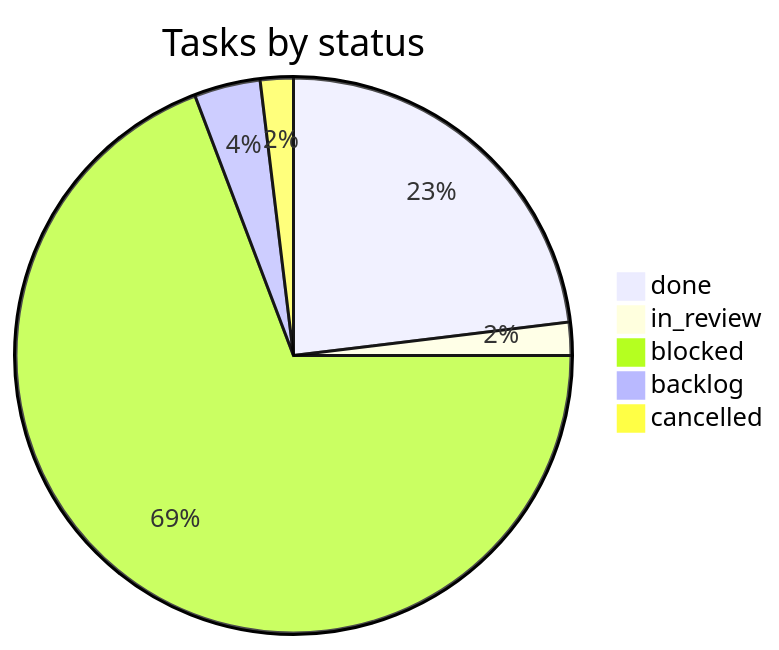
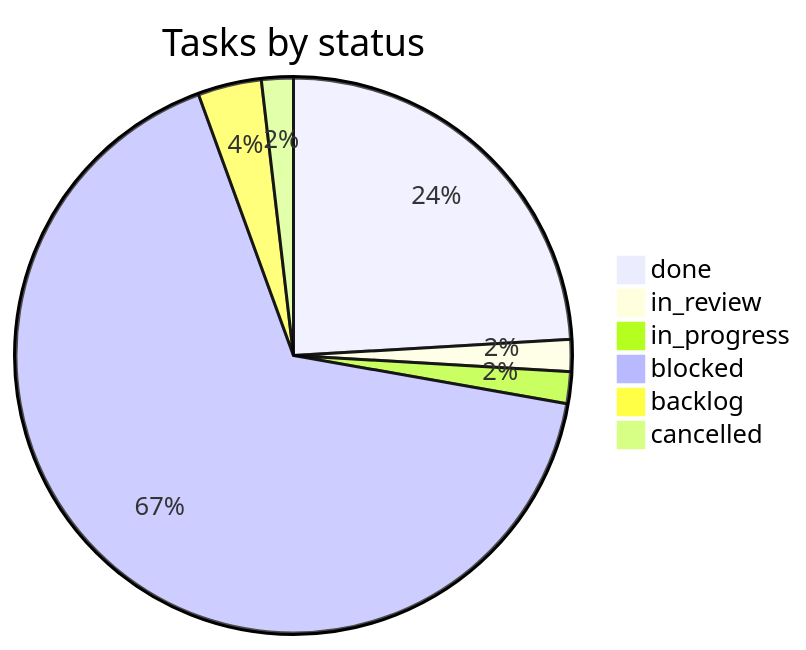
Before and after one commit to vulcanflow/docs: the second of 2 diagrams in PROGRESS.md, drawn with Mermaid. The commit also changed other lines of this file and 1 other file, not shown here.

Commit message:
progress: 1 delivery (VFL-61), 1 status change (VFL-60) (#60)

````diff
--- a/PROGRESS.md
+++ b/PROGRESS.md
@@ -58,8 +58,9 @@
 ```mermaid
 pie title Tasks by status
-  "done" : 12
+  "done" : 13
   "in_review" : 1
+  "in_progress" : 1
   "blocked" : 36
   "backlog" : 2
   "cancelled" : 1
 ```
````
